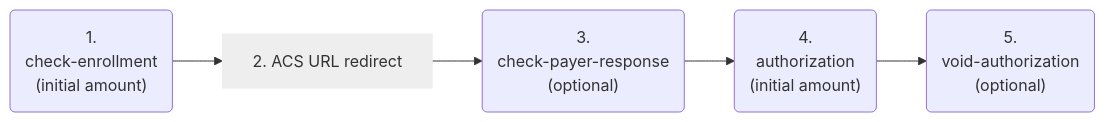
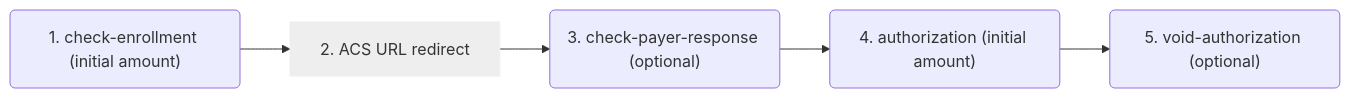
Before and after one commit to wirecard/merchant-documentation-gateway: diagram 16 of 17 in 11-01-09-three-d-secure-two-payment-flows.adoc, drawn with Mermaid. The commit also changed other lines of this file and 1 other file, not shown here.

Commit message:
Update diagrams

```diff
--- a/11-01-09-three-d-secure-two-payment-flows.adoc
+++ b/11-01-09-three-d-secure-two-payment-flows.adoc
@@ -2758,10 +2758,10 @@
 [mermaid,API_CC_3DS2_PaymentFlows_MITUCOF_StoringCard_AuthAndVoid,svg,width=60]
 ----
 graph LR
-A("<center>1.<br>check-enrollment<br>(initial amount)</center>")-->B
-B["<center>2. ACS URL redirect</center>"]-->C
-C("<center>3.<br>check-payer-response<br>(optional)</center>")-->D
-D("<center>4.<br>authorization<br>(initial amount)</center>")-->E
-E("<center>5.<br>void-authorization<br>(optional)</center>")
+A("1. check-enrollment (initial amount)")-->B
+B["2. ACS URL redirect"]-->C
+C("3. check-payer-response (optional)")-->D
+D("4. authorization (initial amount)")-->E
+E("5. void-authorization (optional)")
 style B fill:#eee, stroke:#eee
 ----
```
